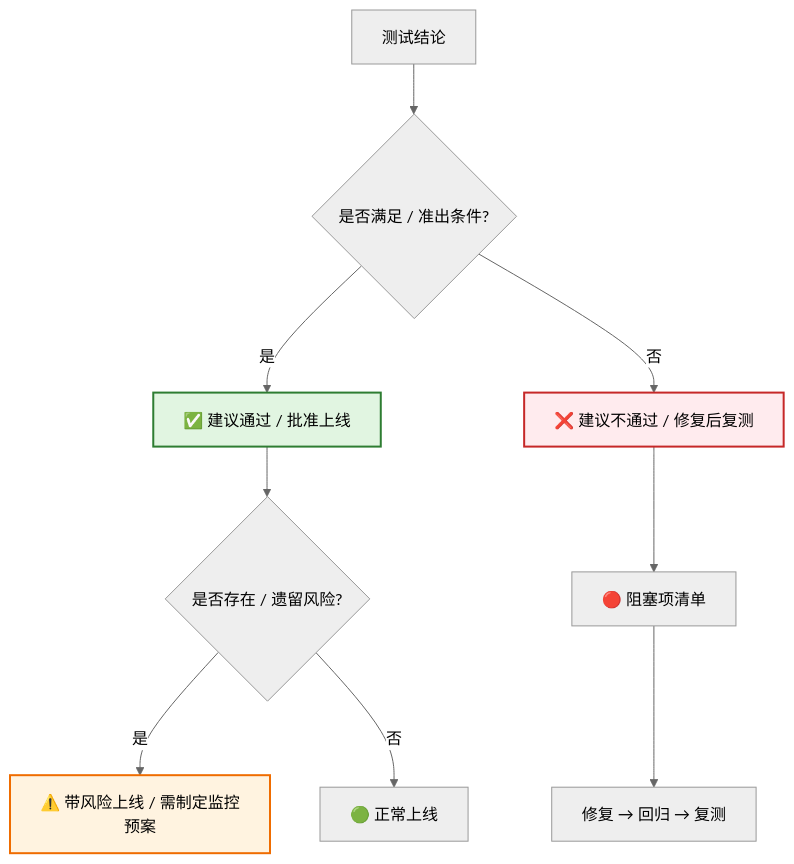
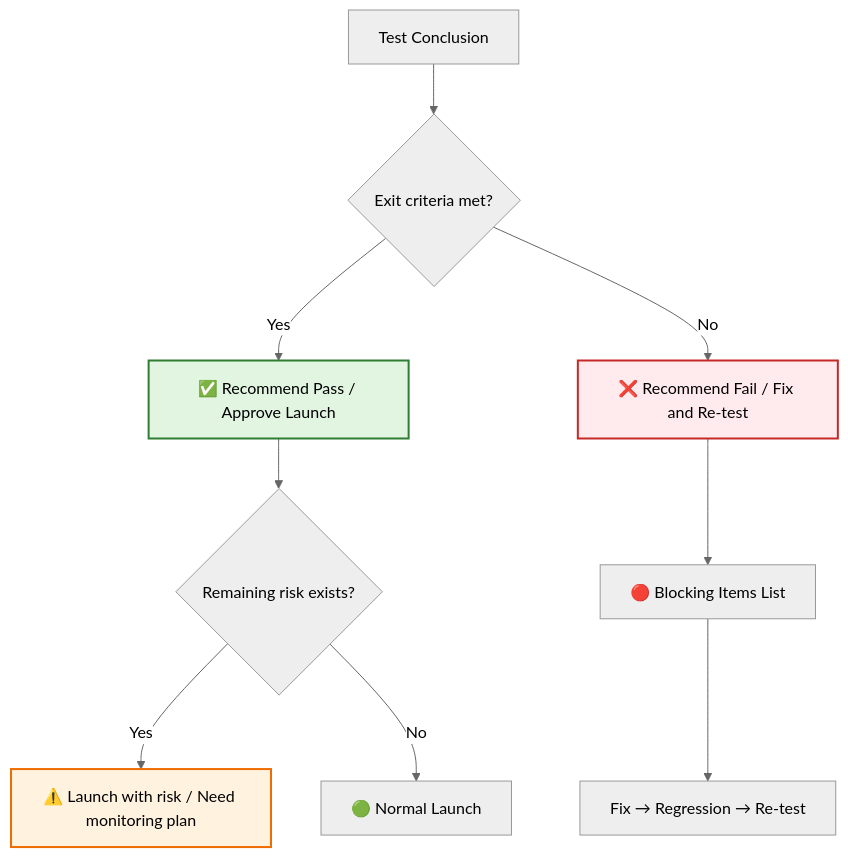
The fourth of 4 diagrams in templates/产品/交付层/【模板】测试报告.md (Kirky-X/cangjie), drawn with Mermaid (neutral theme) before and after one commit. The commit also changed other lines of this file and 60 other files, not shown here.

````diff
--- a/templates/产品/交付层/【模板】测试报告.md
+++ b/templates/产品/交付层/【模板】测试报告.md
@@ -467,17 +404,17 @@
 ```mermaid
 flowchart TD
-    A[测试结论] --> B{是否满足 / 准出条件?}
-    B -->|是| C[✅ 建议通过 / 批准上线]
-    B -->|否| D[❌ 建议不通过 / 修复后复测]
+    A[Test Conclusion] --> B{Exit criteria met?}
+    B -->|Yes| C[✅ Recommend Pass / Approve Launch]
+    B -->|No| D[❌ Recommend Fail / Fix and Re-test]
 
-    C --> E{是否存在 / 遗留风险?}
-    E -->|是| F[⚠️ 带风险上线 / 需制定监控预案]
-    E -->|否| G[🟢 正常上线]
+    C --> E{Remaining risk exists?}
+    E -->|Yes| F[⚠️ Launch with risk / Need monitoring plan]
+    E -->|No| G[🟢 Normal Launch]
 
-    D --> H[🔴 阻塞项清单]
-    H --> I[修复 → 回归 → 复测]
+    D --> H[🔴 Blocking Items List]
+    H --> I[Fix → Regression → Re-test]
 
     style C fill:#e1f5e1,stroke:#2e7d32,stroke-width:2px
     style D fill:#ffebee,stroke:#c62828,stroke-width:2px
     style F fill:#fff3e0,stroke:#ef6c00,stroke-width:2px
 ```
````
